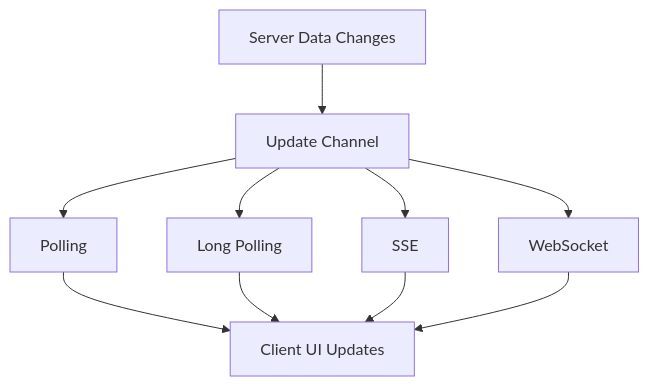
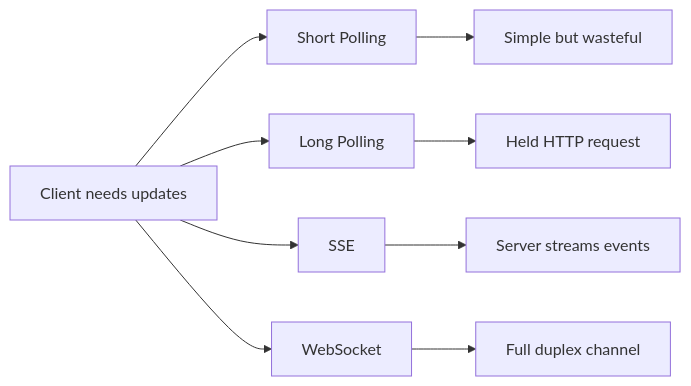
Before and after one commit to mthaiseer/springcloud-systemdesign-notes: the first of 16 diagrams in HLD_NOTES/002_TYPES_OF_INTERVIEWS/000_All_types_quick_reference.md, drawn with Mermaid. The commit also changed other lines of this file and 1 other file, not shown here.

````diff
--- a/HLD_NOTES/002_TYPES_OF_INTERVIEWS/000_All_types_quick_reference.md
+++ b/HLD_NOTES/002_TYPES_OF_INTERVIEWS/000_All_types_quick_reference.md
@@ -71,12 +79,20 @@
 ```mermaid
-flowchart TD
-  A[Server Data Changes] --> B[Update Channel]
-  B --> C[Polling]
-  B --> D[Long Polling]
-  B --> E[SSE]
-  B --> F[WebSocket]
-  C --> G[Client UI Updates]
-  D --> G
-  E --> G
-  F --> G
+flowchart LR
+  A[Client needs updates]
+  B[Short Polling]
+  C[Long Polling]
+  D[SSE]
+  E[WebSocket]
+  F[Simple but wasteful]
+  G[Held HTTP request]
+  H[Server streams events]
+  I[Full duplex channel]
+  A --> B
+  A --> C
+  A --> D
+  A --> E
+  B --> F
+  C --> G
+  D --> H
+  E --> I
 ```
````
